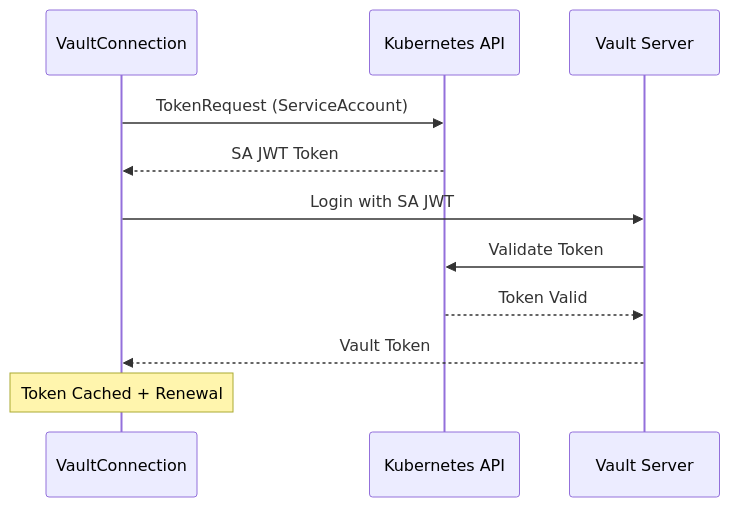
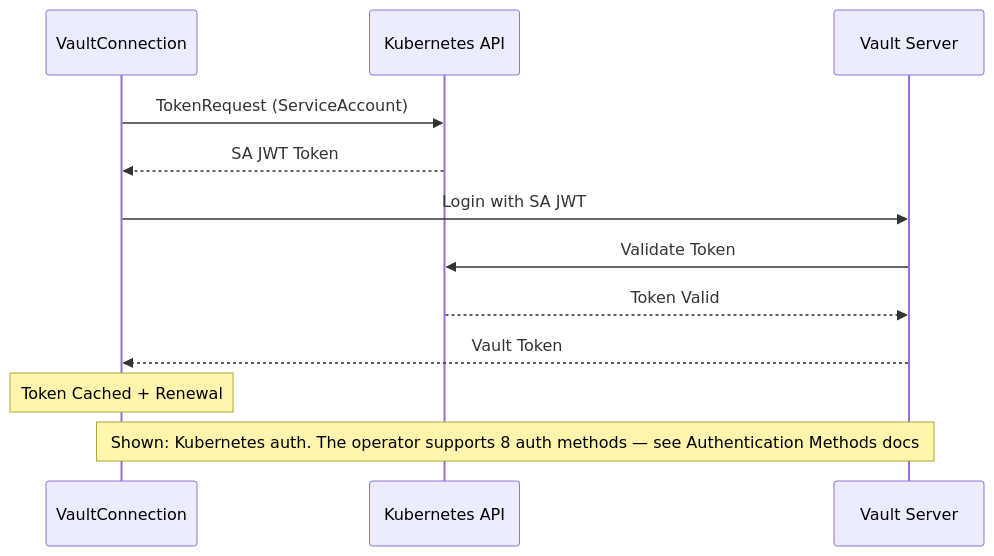
The fifth of 6 diagrams in docs/concepts/architecture.md (panteparak/vault-access-operator), drawn with Mermaid before and after one commit. The commit also changed other lines of this file and 14 other files, not shown here.

````diff
--- a/docs/concepts/architecture.md
+++ b/docs/concepts/architecture.md
@@ -193,14 +235,15 @@
 ```mermaid
 sequenceDiagram
     participant VC as VaultConnection
     participant K8s as Kubernetes API
     participant V as Vault Server
 
     VC->>K8s: TokenRequest (ServiceAccount)
     K8s-->>VC: SA JWT Token
     VC->>V: Login with SA JWT
     V->>K8s: Validate Token
     K8s-->>V: Token Valid
     V-->>VC: Vault Token
     Note over VC: Token Cached + Renewal
+    Note over VC,V: Shown: Kubernetes auth. The operator supports 8 auth methods — see Authentication Methods docs
 ```
````
